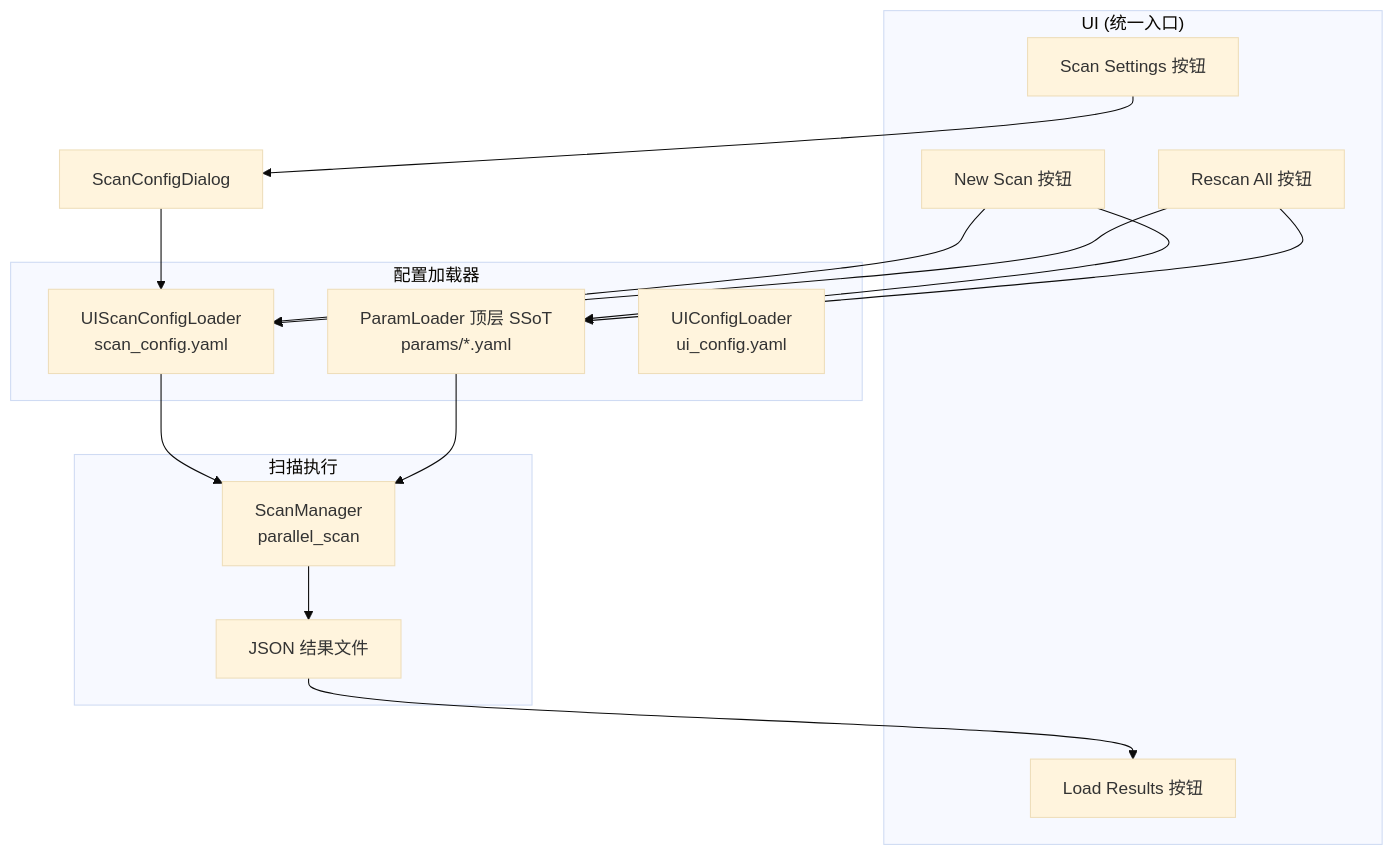
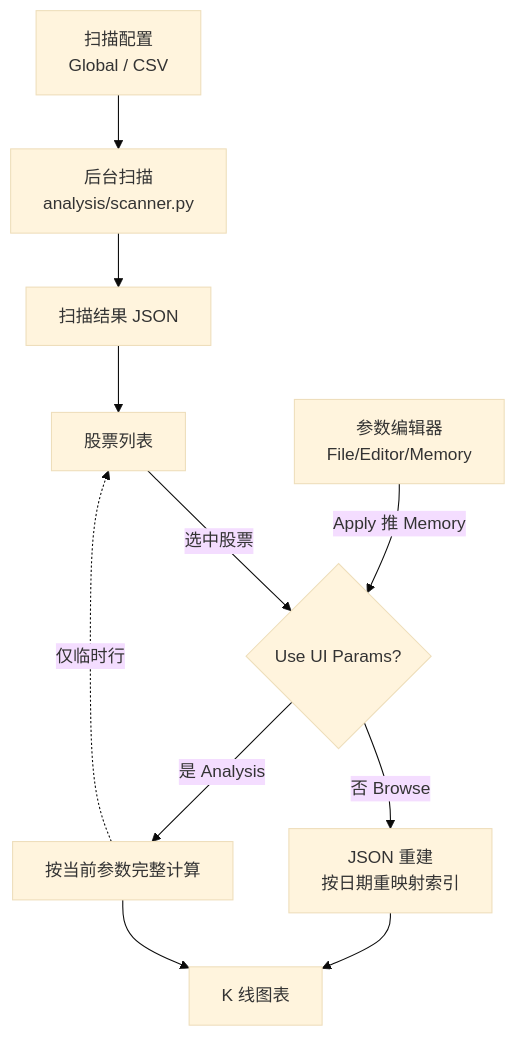
One commit to ufgtb24/Trade_Strategy changed the diagram in .claude/docs/modules/dev.md. Above: the diagram before and after it, drawn with Mermaid (base theme). The commit also changed other lines of this file and 373 other files, not shown here.

````diff
--- a/.claude/docs/modules/dev.md
+++ b/.claude/docs/modules/dev.md
@@ -55,33 +75,13 @@
 ```mermaid
 flowchart TD
-    subgraph UI["UI (统一入口)"]
-        NewScan[New Scan 按钮]
-        RescanAll[Rescan All 按钮]
-        LoadResults[Load Results 按钮]
-        ScanSettings[Scan Settings 按钮]
-    end
-
-    subgraph ConfigLoaders["配置加载器"]
-        ScanConfigLoader[UIScanConfigLoader<br/>scan_config.yaml]
-        ParamLoader[ParamLoader 顶层 SSoT<br/>params/*.yaml]
-        UIConfigLoader[UIConfigLoader<br/>ui_config.yaml]
-    end
-
-    subgraph ScanExecution["扫描执行"]
-        ScanManager[ScanManager<br/>parallel_scan]
-        JSONOutput[JSON 结果文件]
-    end
-
-    NewScan --> ScanConfigLoader
-    RescanAll --> ScanConfigLoader
-    ScanSettings --> ScanConfigDialog[ScanConfigDialog]
-    ScanConfigDialog --> ScanConfigLoader
-
-    NewScan --> ParamLoader
-    RescanAll --> ParamLoader
-
-    ScanConfigLoader --> ScanManager
-    ParamLoader --> ScanManager
-    ScanManager --> JSONOutput
-    JSONOutput --> LoadResults
+    Cfg[扫描配置<br/>Global / CSV] --> Scan[后台扫描<br/>analysis/scanner.py]
+    Scan --> JSON[扫描结果 JSON]
+    JSON --> List[股票列表]
+    List -->|选中股票| Route{Use UI Params?}
+    Route -->|否 Browse| Cache[JSON 重建<br/>按日期重映射索引]
+    Route -->|是 Analysis| Full[按当前参数完整计算]
+    Cache --> Chart[K 线图表]
+    Full --> Chart
+    Full -.仅临时行.-> List
+    Editor[参数编辑器<br/>File/Editor/Memory] -->|Apply 推 Memory| Route
 ```
````
